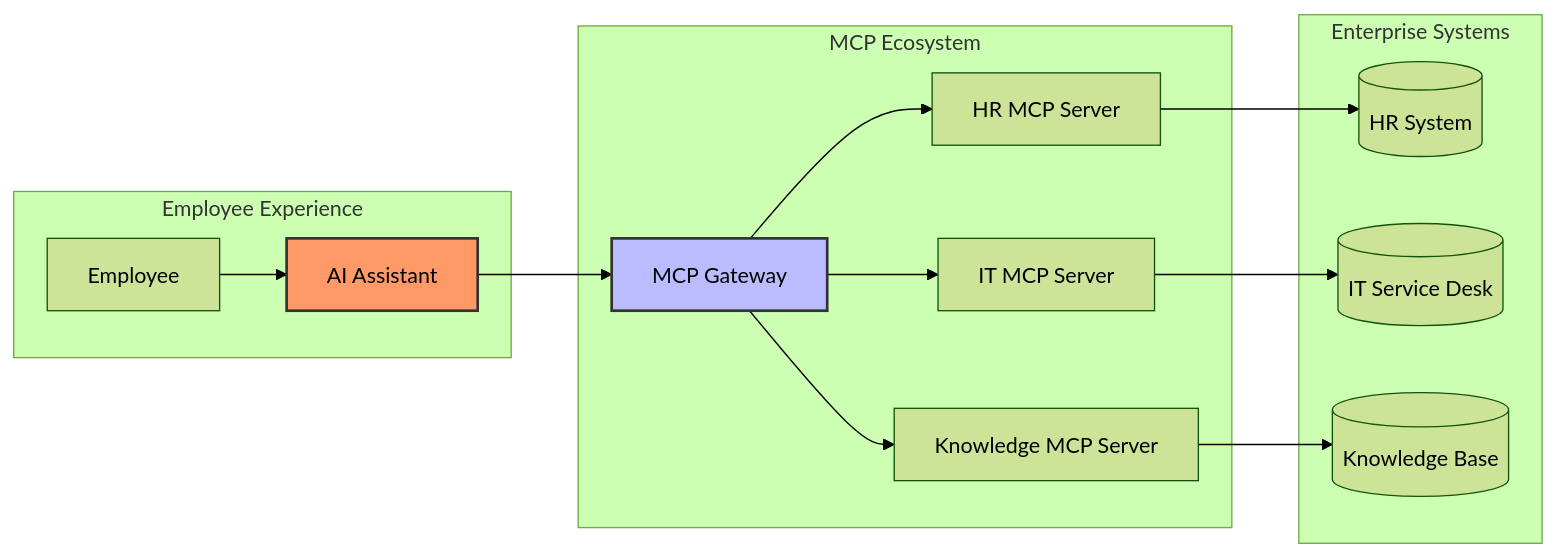
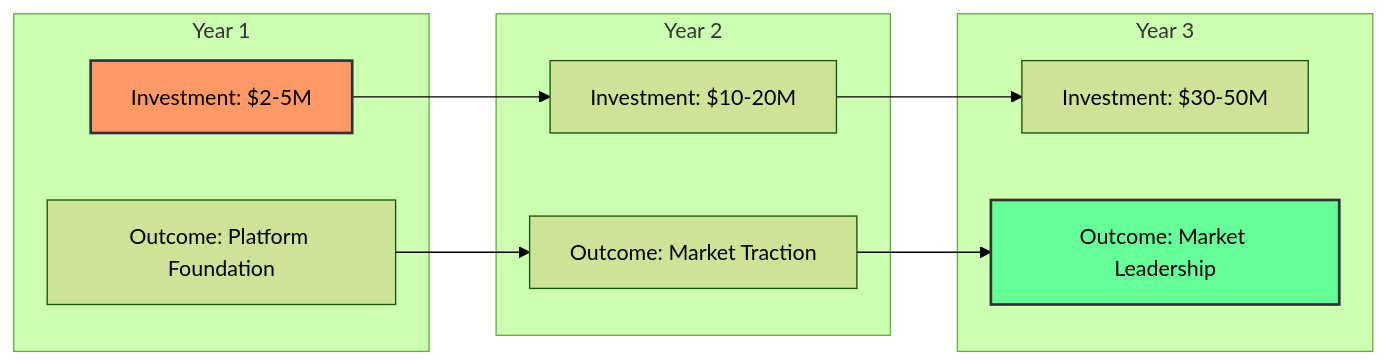
Diagram 17 of 17 in docs/AI/Comunicação/MCP/16-mcp-analise preditiva.md (felipepimentel/my-public-notes), drawn with Mermaid (forest theme) before and after one commit. The commit also changed other lines of this file and 11 other files, not shown here.

````diff
--- a/docs/AI/Comunicação/MCP/16-mcp-analise preditiva.md
+++ b/docs/AI/Comunicação/MCP/16-mcp-analise preditiva.md
@@ -342,34 +803,23 @@
 ```mermaid
 graph LR
-    subgraph "Employee Experience"
-        EMP[Employee]
-        AST[AI Assistant]
+    subgraph "Year 1"
+        I1[Investment: $2-5M]
+        O1[Outcome: Platform Foundation]
     end
     
-    subgraph "MCP Ecosystem"
-        GW[MCP Gateway]
-        HR[HR MCP Server]
-        IT[IT MCP Server]
-        KB[Knowledge MCP Server]
+    subgraph "Year 2"
+        I2[Investment: $10-20M]
+        O2[Outcome: Market Traction]
     end
     
-    subgraph "Enterprise Systems"
-        HRS[(HR System)]
-        ITS[(IT Service Desk)]
-        KBS[(Knowledge Base)]
+    subgraph "Year 3"
+        I3[Investment: $30-50M]
+        O3[Outcome: Market Leadership]
     end
     
-    EMP --> AST
-    AST --> GW
+    I1 --> I2 --> I3
+    O1 --> O2 --> O3
     
-    GW --> HR
-    GW --> IT
-    GW --> KB
-    
-    HR --> HRS
-    IT --> ITS
-    KB --> KBS
-    
-    style AST fill:#f96,stroke:#333,stroke-width:2px
-    style GW fill:#bbf,stroke:#333,stroke-width:2px
+    style I1 fill:#f96,stroke:#333,stroke-width:2px
+    style O3 fill:#6f9,stroke:#333,stroke-width:2px
 ```
````
